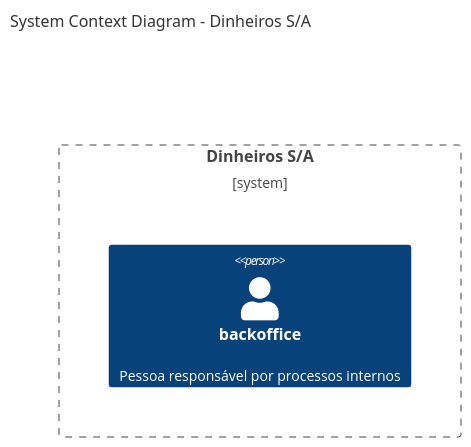
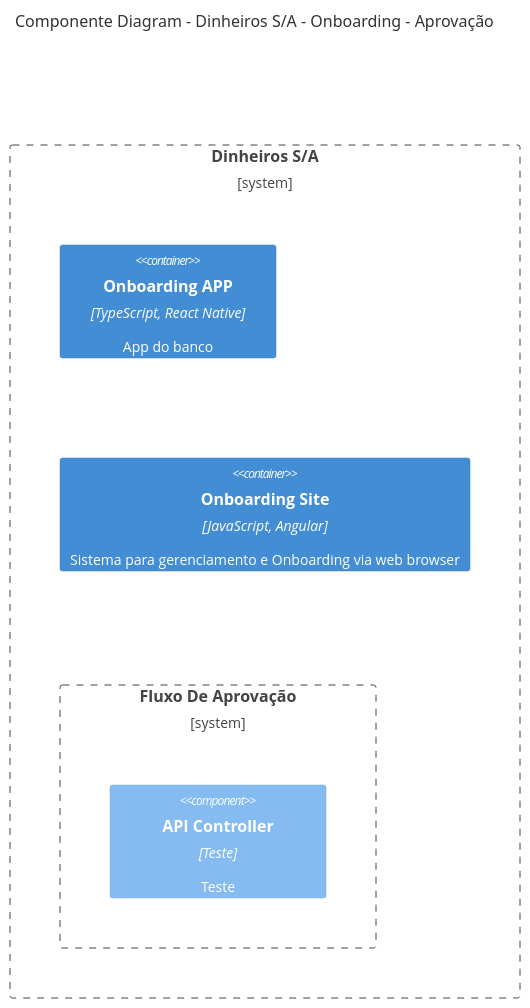
The diagram in Diagrams/component.md (CristianoRC/C4-Model), drawn with Mermaid before and after one commit. The commit also changed 1 other file, not shown here.

Commit message:
Cria estrutura dos contextos do diagrama de componente

````diff
--- a/Diagrams/component.md
+++ b/Diagrams/component.md
@@ -3,9 +3,14 @@
 ```mermaid
 C4Context
-    title System Context Diagram - Dinheiros S/A
+  title Componente Diagram - Dinheiros S/A - Onboarding - Aprovação
 
-    Boundary(banco,"Dinheiros S/A") {
-      Person(backoffice, "backoffice", "Pessoa responsável por processos internos")
-    }
+  Boundary(banco,"Dinheiros S/A") {
+      Container(app_mobile, "Onboarding APP", "TypeScript, React Native", "App do banco")
+      Container(app, "Onboarding Site", "JavaScript, Angular", "Sistema para gerenciamento e Onboarding via web browser")
+
+      Boundary(aprovacao, "Fluxo De Aprovação"){
+          Component(controller, "API Controller", "Teste", "Teste")
+      }
+  }
 
 ```
````
